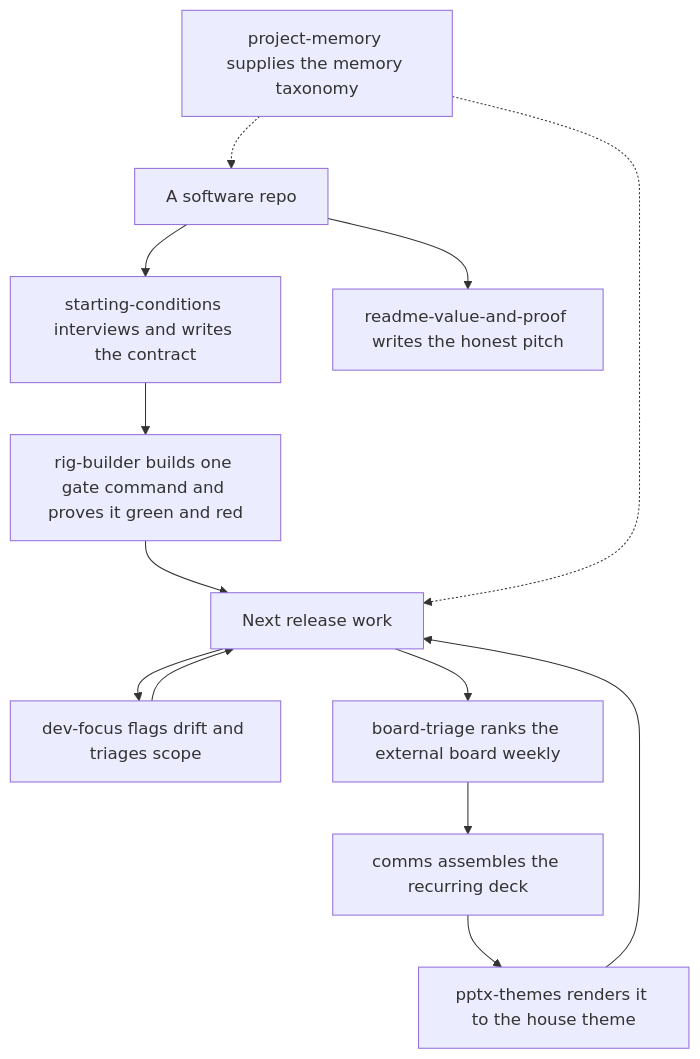
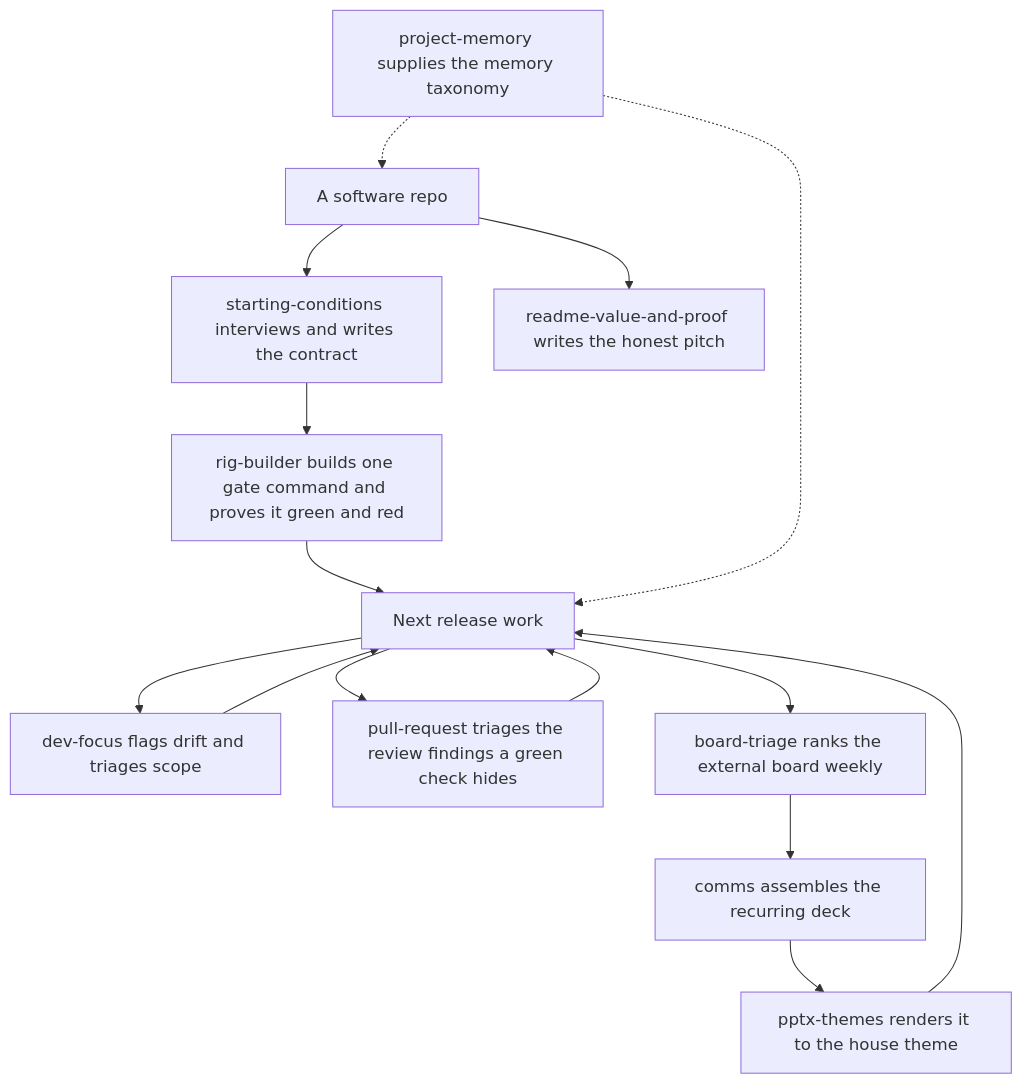
The diagram in plugins/code-desk/README.md (hsb3/dotfiles-agents), drawn with Mermaid before and after one commit. The commit also changed other lines of this file and 9 other files, not shown here.

First line of the commit message:
fix(w2d): close the review findings across the wave's seven cards

````diff
--- a/plugins/code-desk/README.md
+++ b/plugins/code-desk/README.md
@@ -20,16 +21,18 @@
 ```mermaid
 flowchart TD
     Repo[A software repo] --> Start[starting-conditions interviews and writes the contract]
     Start --> Rig[rig-builder builds one gate command and proves it green and red]
     Rig --> Build[Next release work]
     Build --> Focus[dev-focus flags drift and triages scope]
     Focus --> Build
+    Build --> PR[pull-request triages the review findings a green check hides]
+    PR --> Build
     Build --> Board[board-triage ranks the external board weekly]
     Board --> Comms[comms assembles the recurring deck]
     Comms --> PPT[pptx-themes renders it to the house theme]
     PPT --> Build
     Repo --> RM[readme-value-and-proof writes the honest pitch]
 
     Mem[project-memory supplies the memory taxonomy] -.-> Repo
     Mem -.-> Build
 ```
````
